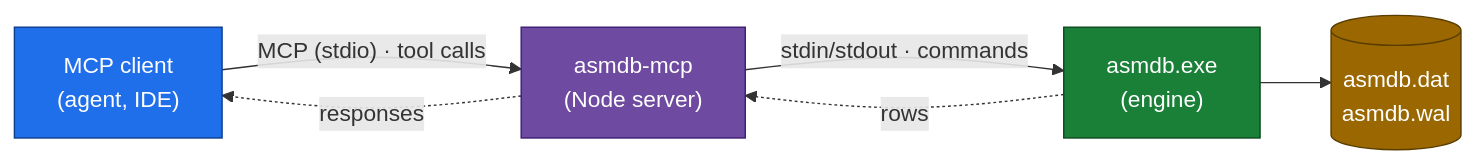
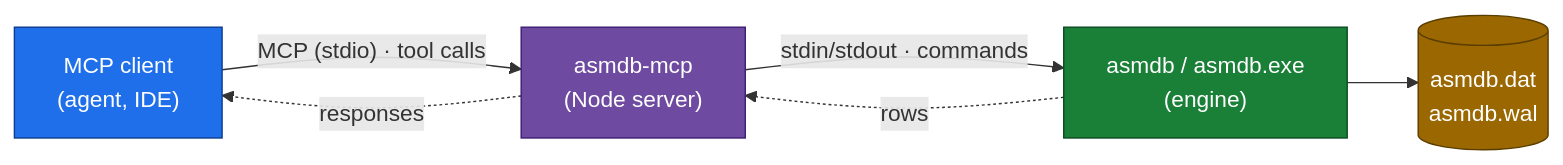
The diagram in mcp/README.md (fredgis/asmDB), drawn with Mermaid before and after one commit. The commit also changed other lines of this file and 22 other files, not shown here.

````diff
--- a/mcp/README.md
+++ b/mcp/README.md
@@ -12,21 +12,21 @@
 ```mermaid
 flowchart LR
     CLIENT["MCP client<br/>(agent, IDE)"]
     SERVER["asmdb-mcp<br/>(Node server)"]
-    ENGINE["asmdb.exe<br/>(engine)"]
+    ENGINE["asmdb / asmdb.exe<br/>(engine)"]
     FILES[("asmdb.dat<br/>asmdb.wal")]
     CLIENT -->|"MCP (stdio) · tool calls"| SERVER
     SERVER -->|"stdin/stdout · commands"| ENGINE
     ENGINE --> FILES
     SERVER -.->|responses| CLIENT
     ENGINE -.->|rows| SERVER
 
     classDef client fill:#1f6feb,stroke:#0b3d91,color:#fff
     classDef server fill:#6e4aa0,stroke:#3b1e75,color:#fff
     classDef engine fill:#1a7f37,stroke:#0b4a20,color:#fff
     classDef store fill:#9a6700,stroke:#5a3d00,color:#fff
     class CLIENT client
     class SERVER server
     class ENGINE engine
     class FILES store
 ```
````
